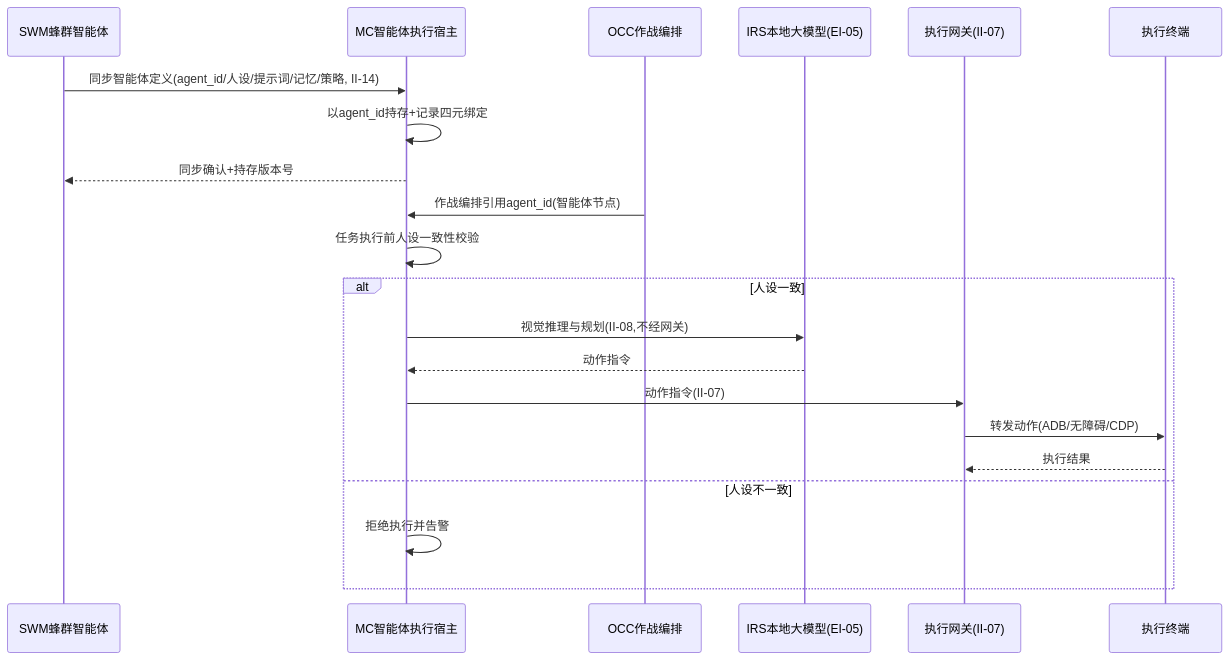
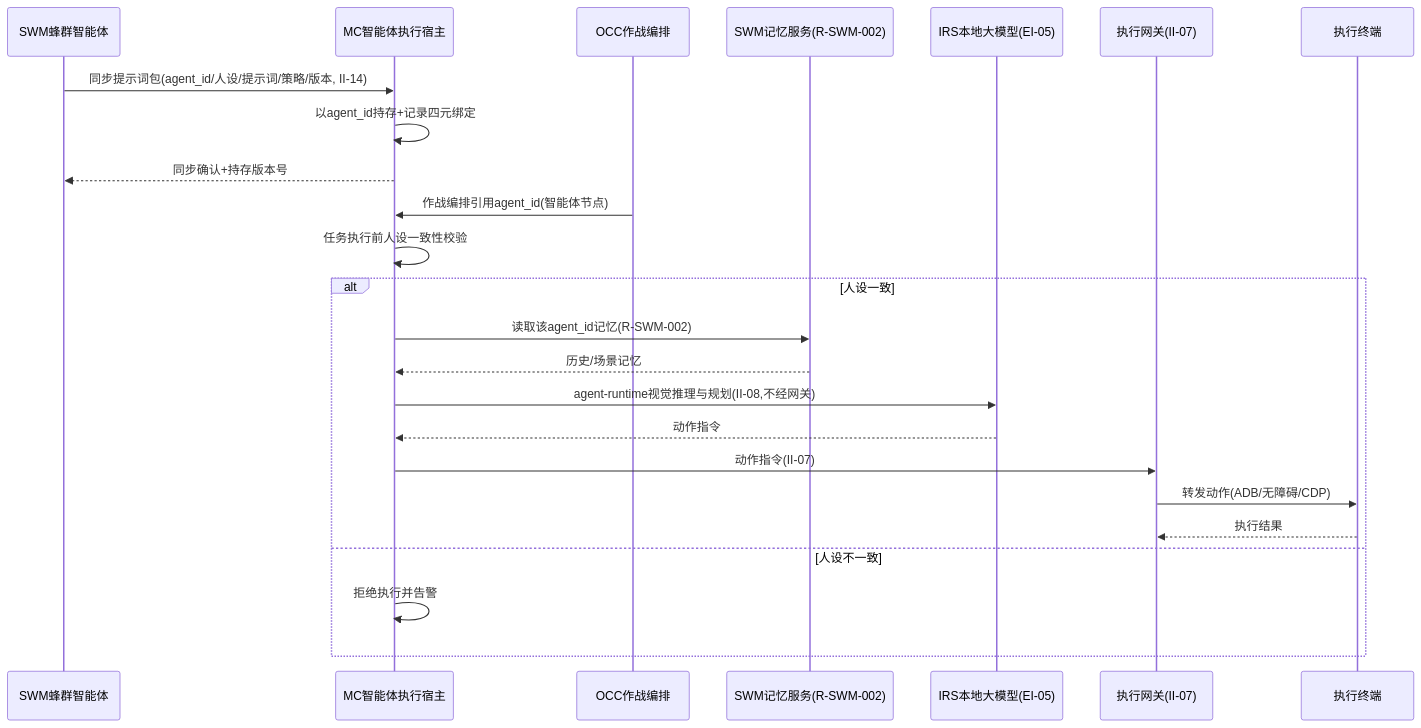
Before and after one commit to Sj-g/obsidian: diagram 22 of 52 in 公司项目/认知作战/文档/软件需求规格说明.md, drawn with Mermaid. The commit also changed other lines of this file and 2 other files, not shown here.

````diff
--- a/公司项目/认知作战/文档/软件需求规格说明.md
+++ b/公司项目/认知作战/文档/软件需求规格说明.md
@@ -1870,23 +1870,26 @@
 ```mermaid
 sequenceDiagram
   participant SWM as SWM蜂群智能体
   participant MC as MC智能体执行宿主
   participant OCC as OCC作战编排
+  participant 记忆 as SWM记忆服务(R-SWM-002)
   participant IRS as IRS本地大模型(EI-05)
   participant 网关 as 执行网关(II-07)
   participant 终端 as 执行终端
-  SWM->>MC: 同步智能体定义(agent_id/人设/提示词/记忆/策略, II-14)
+  SWM->>MC: 同步提示词包(agent_id/人设/提示词/策略/版本, II-14)
   MC->>MC: 以agent_id持存+记录四元绑定
   MC-->>SWM: 同步确认+持存版本号
   OCC->>MC: 作战编排引用agent_id(智能体节点)
   MC->>MC: 任务执行前人设一致性校验
   alt 人设一致
-    MC->>IRS: 视觉推理与规划(II-08,不经网关)
+    MC->>记忆: 读取该agent_id记忆(R-SWM-002)
+    记忆-->>MC: 历史/场景记忆
+    MC->>IRS: agent-runtime视觉推理与规划(II-08,不经网关)
     IRS-->>MC: 动作指令
     MC->>网关: 动作指令(II-07)
     网关->>终端: 转发动作(ADB/无障碍/CDP)
     终端-->>网关: 执行结果
   else 人设不一致
     MC->>MC: 拒绝执行并告警
   end
 ```
````
